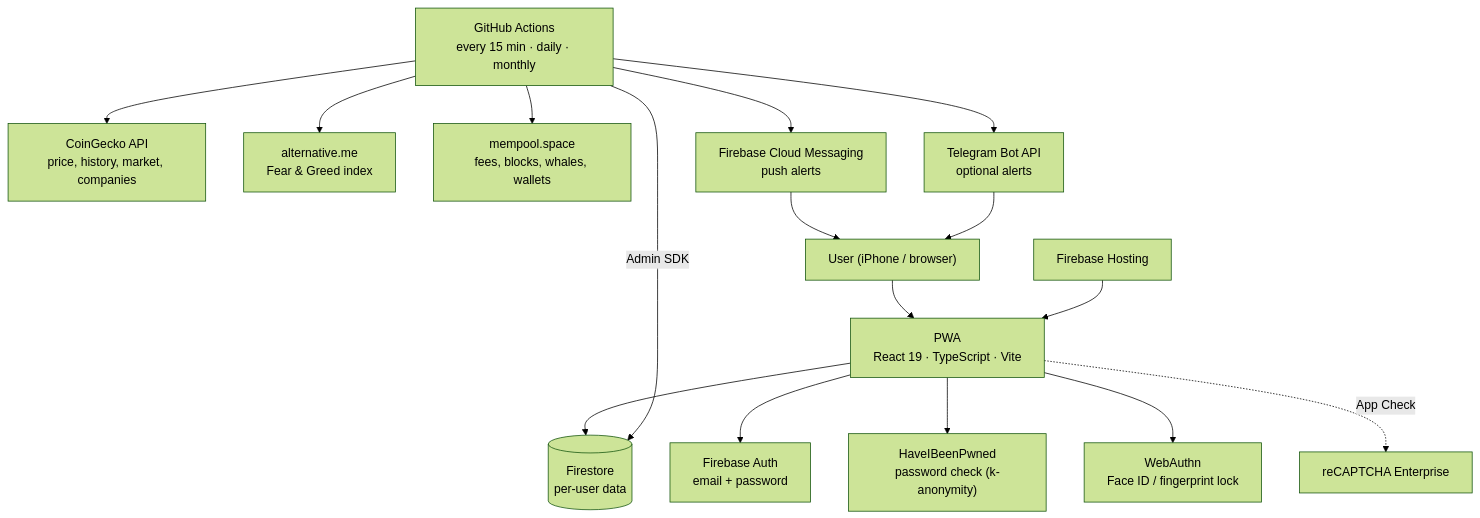
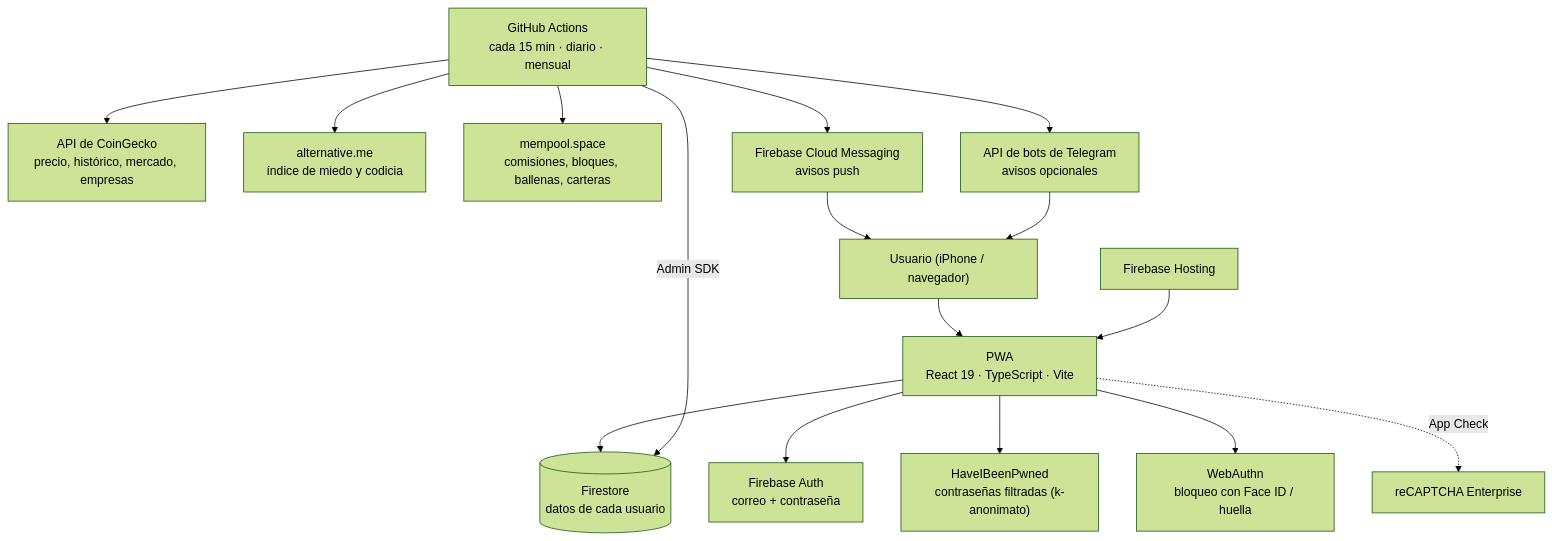
The second of 2 diagrams in README.md (nelsongomezsa/bitcoin-tracker), drawn with Mermaid (forest theme) before and after one commit. The commit also changed other lines of this file, not shown here.

Commit message:
README en español, con resumen en inglés

````diff
--- a/README.md
+++ b/README.md
@@ -61,18 +64,18 @@
 ```mermaid
 flowchart TB
-  U["User (iPhone / browser)"] --> PWA["PWA<br/>React 19 · TypeScript · Vite"]
-  PWA --> FB_AUTH["Firebase Auth<br/>email + password"]
-  PWA --> FS[("Firestore<br/>per-user data")]
-  PWA --> HIBP["HaveIBeenPwned<br/>password check (k-anonymity)"]
-  PWA --> WEBAUTHN["WebAuthn<br/>Face ID / fingerprint lock"]
+  U["Usuario (iPhone / navegador)"] --> PWA["PWA<br/>React 19 · TypeScript · Vite"]
+  PWA --> FB_AUTH["Firebase Auth<br/>correo + contraseña"]
+  PWA --> FS[("Firestore<br/>datos de cada usuario")]
+  PWA --> HIBP["HaveIBeenPwned<br/>contraseñas filtradas (k-anonimato)"]
+  PWA --> WEBAUTHN["WebAuthn<br/>bloqueo con Face ID / huella"]
   PWA -. App Check .-> RECAPTCHA["reCAPTCHA Enterprise"]
-  GHA["GitHub Actions<br/>every 15 min · daily · monthly"] --> CG["CoinGecko API<br/>price, history, market, companies"]
-  GHA --> FNG["alternative.me<br/>Fear & Greed index"]
-  GHA --> MEM["mempool.space<br/>fees, blocks, whales, wallets"]
+  GHA["GitHub Actions<br/>cada 15 min · diario · mensual"] --> CG["API de CoinGecko<br/>precio, histórico, mercado, empresas"]
+  GHA --> FNG["alternative.me<br/>índice de miedo y codicia"]
+  GHA --> MEM["mempool.space<br/>comisiones, bloques, ballenas, carteras"]
   GHA -->|Admin SDK| FS
-  GHA --> FCM["Firebase Cloud Messaging<br/>push alerts"]
-  GHA --> TG["Telegram Bot API<br/>optional alerts"]
+  GHA --> FCM["Firebase Cloud Messaging<br/>avisos push"]
+  GHA --> TG["API de bots de Telegram<br/>avisos opcionales"]
   FCM --> U
   TG --> U
   HOST["Firebase Hosting"] --> PWA
 ```
````
